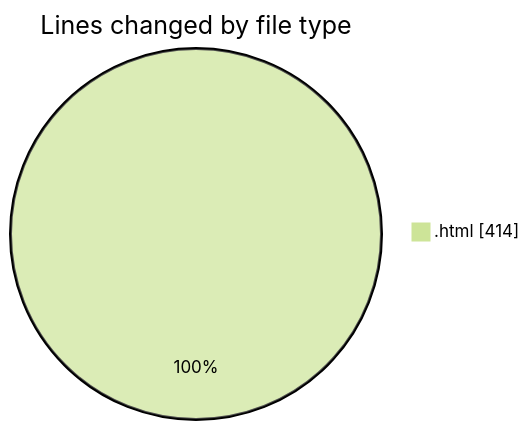
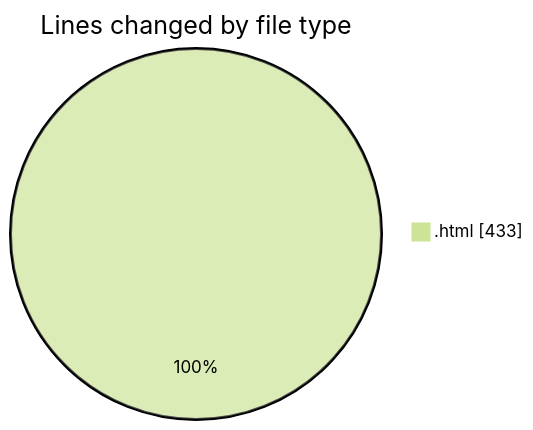
The first of 2 diagrams in 2025-08-09/nxtqube_webapp/README.md (nxtqubesakshisongat/code-tracking), drawn with Mermaid (forest theme) before and after one commit. The commit also changed other lines of this file and 1 other file, not shown here.

````diff
--- a/2025-08-09/nxtqube_webapp/README.md
+++ b/2025-08-09/nxtqube_webapp/README.md
@@ -20,5 +20,5 @@
 ```mermaid
 pie showData
 title Lines changed by file type
-".html" : 414
+".html" : 433
 ```
````
